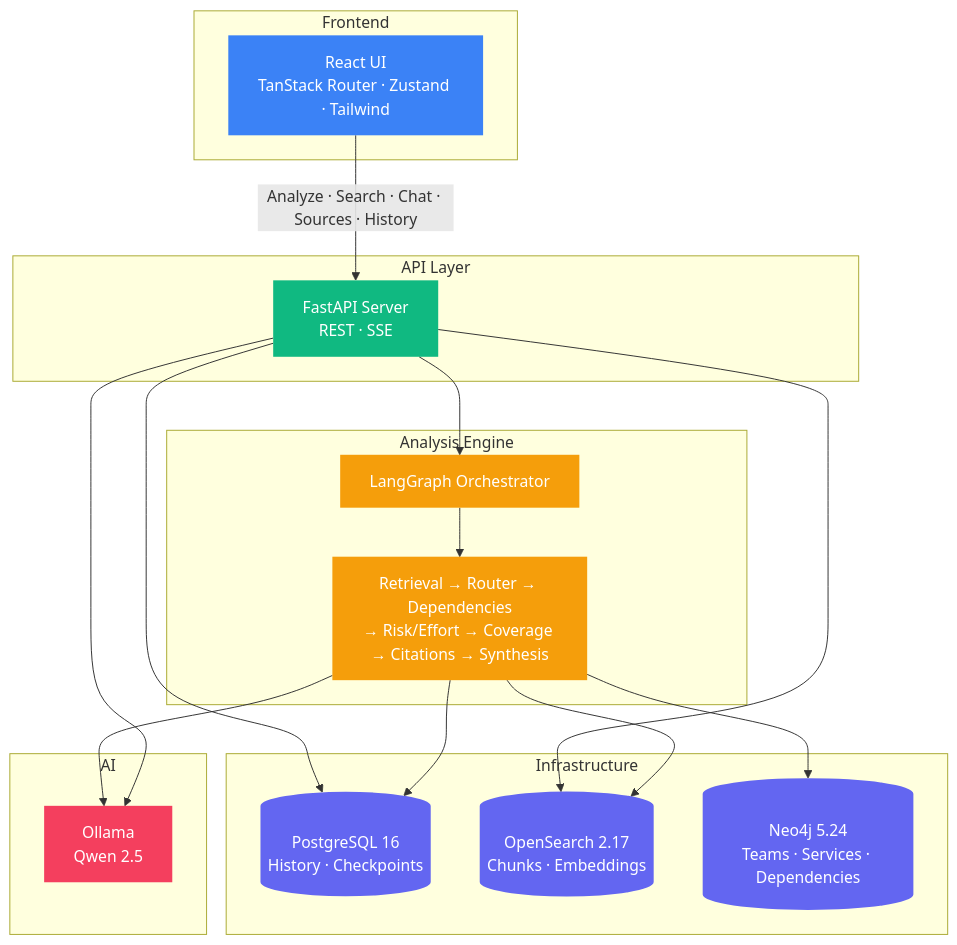
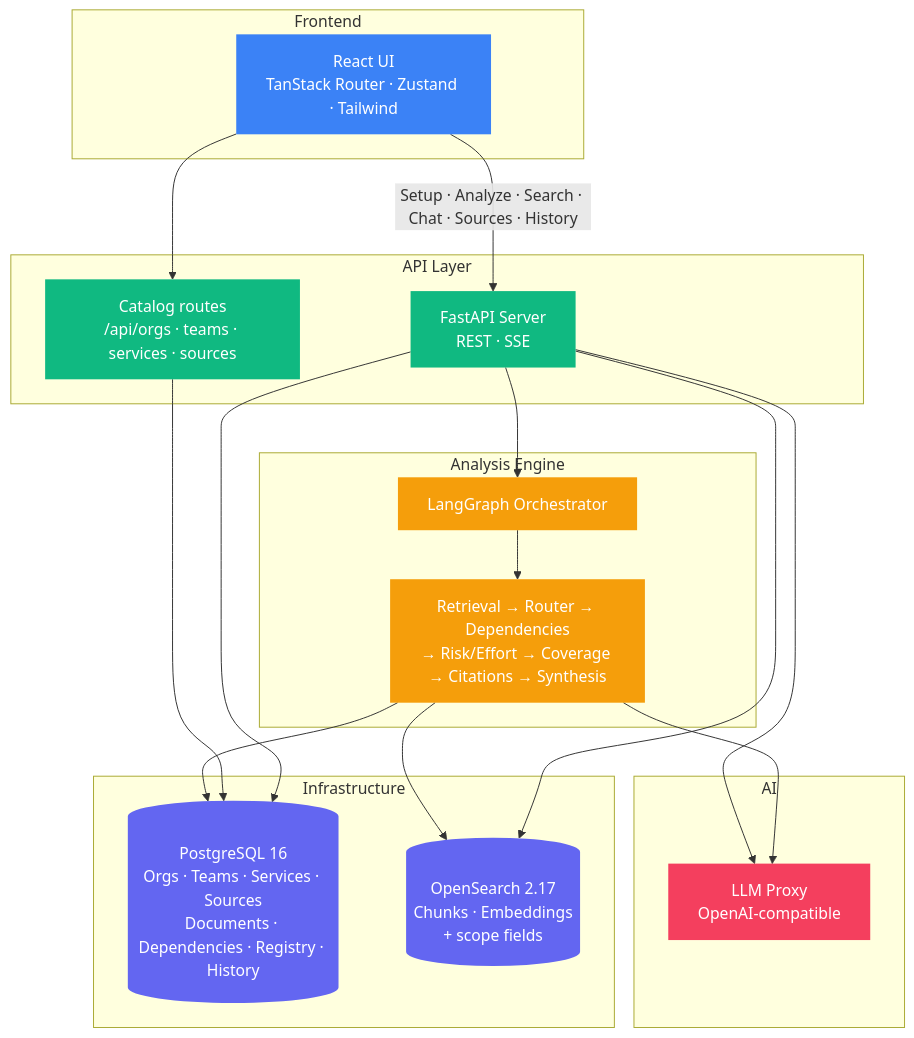
The second of 2 diagrams in README.md (gurungabit/prism), drawn with Mermaid before and after one commit. The commit also changed other lines of this file and 261 other files, not shown here.

````diff
--- a/README.md
+++ b/README.md
@@ -125,48 +170,49 @@
 ```mermaid
 graph TB
     subgraph FE["Frontend"]
         UI["React UI<br/>TanStack Router · Zustand · Tailwind"]
     end
 
     subgraph API["API Layer"]
         FASTAPI["FastAPI Server<br/>REST · SSE"]
+        CATALOG["Catalog routes<br/>/api/orgs · teams · services · sources"]
     end
 
     subgraph ANALYSIS["Analysis Engine"]
         ORC["LangGraph Orchestrator"]
         PIPE["Retrieval → Router → Dependencies<br/>→ Risk/Effort → Coverage → Citations → Synthesis"]
     end
 
     subgraph INFRA["Infrastructure"]
-        PG[(PostgreSQL 16<br/>History · Checkpoints)]
-        OS[(OpenSearch 2.17<br/>Chunks · Embeddings)]
-        N4J[(Neo4j 5.24<br/>Teams · Services · Dependencies)]
+        PG[(PostgreSQL 16<br/>Orgs · Teams · Services · Sources<br/>Documents · Dependencies · Registry · History)]
+        OS[(OpenSearch 2.17<br/>Chunks · Embeddings<br/>+ scope fields)]
     end
 
     subgraph AI["AI"]
-        OLLAMA["Ollama<br/>Qwen 2.5"]
+        OLLAMA["LLM Proxy<br/>OpenAI-compatible"]
     end
 
-    UI -->|Analyze · Search · Chat · Sources · History| FASTAPI
+    UI -->|Setup · Analyze · Search · Chat · Sources · History| FASTAPI
+    UI --> CATALOG
     FASTAPI --> ORC
     ORC --> PIPE
     FASTAPI --> OS
     FASTAPI --> PG
+    CATALOG --> PG
     PIPE --> OS
-    PIPE --> N4J
     PIPE --> PG
     PIPE --> OLLAMA
     FASTAPI --> OLLAMA
 
     classDef frontend fill:#3b82f6,color:#fff,stroke:none;
     classDef api fill:#10b981,color:#fff,stroke:none;
     classDef worker fill:#f59e0b,color:#fff,stroke:none;
     classDef infra fill:#6366f1,color:#fff,stroke:none;
     classDef ai fill:#f43f5e,color:#fff,stroke:none;
 
     class UI frontend;
-    class FASTAPI api;
+    class FASTAPI,CATALOG api;
     class ORC,PIPE worker;
-    class PG,OS,N4J infra;
+    class PG,OS infra;
     class OLLAMA ai;
 ```
````
